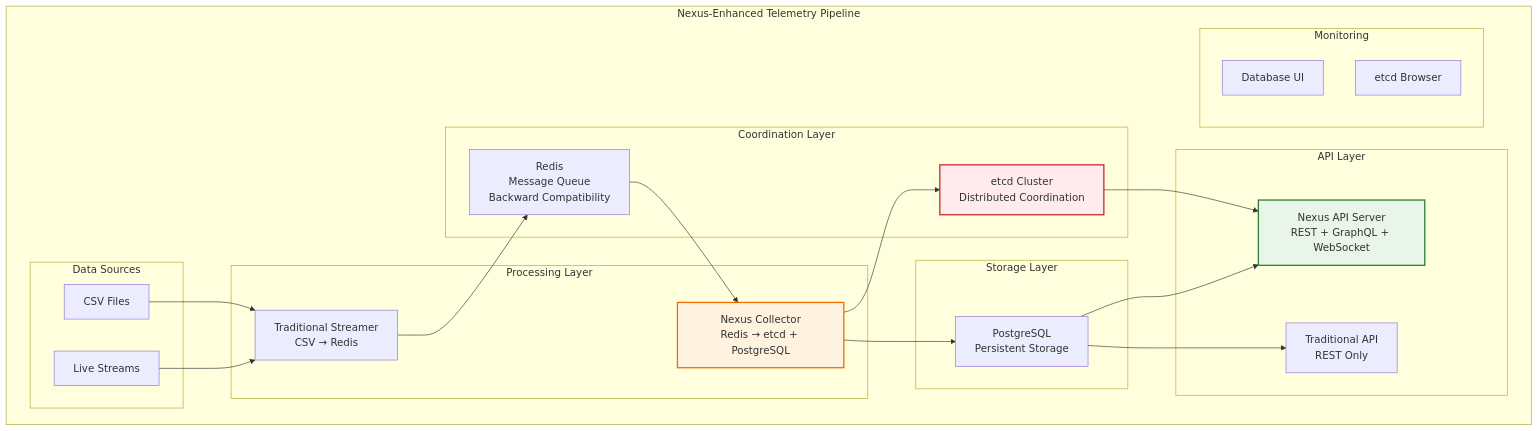
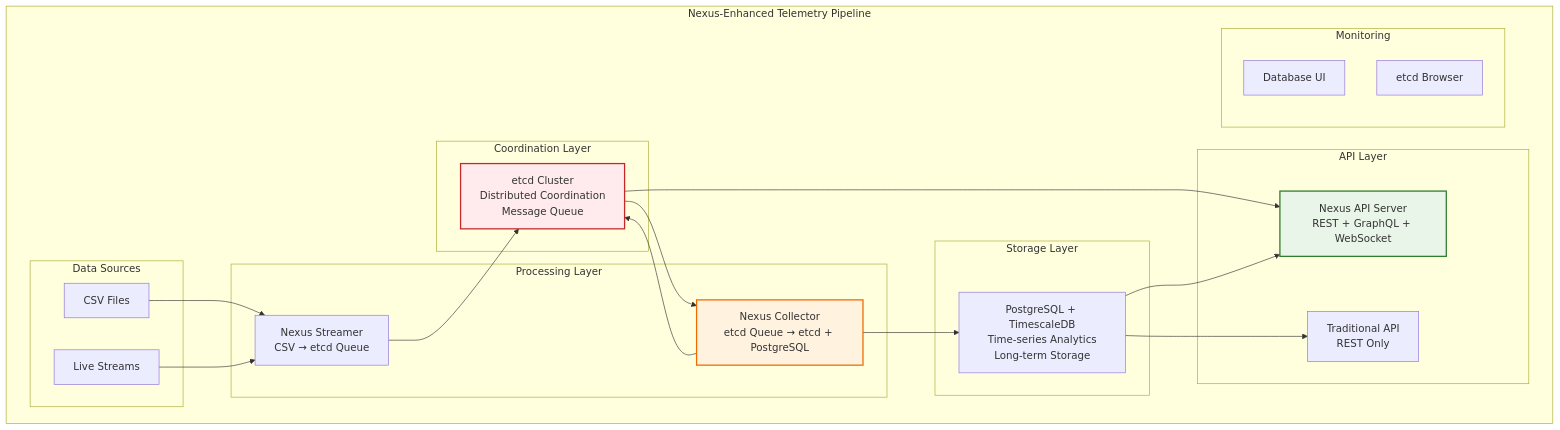
The diagram in docs/NEXUS_INTEGRATION_GUIDE.md (dilipmighty245/telemetry-pipeline), drawn with Mermaid before and after one commit. The commit also changed other lines of this file and 12 other files, not shown here.

Commit message:
Cleanup docs and files with old redis and postgres references

````diff
--- a/docs/NEXUS_INTEGRATION_GUIDE.md
+++ b/docs/NEXUS_INTEGRATION_GUIDE.md
@@ -33,47 +33,46 @@
 ```mermaid
 graph TB
     subgraph "Nexus-Enhanced Telemetry Pipeline"
         subgraph "Data Sources"
             CSV[CSV Files]
             STREAM[Live Streams]
         end
         
         subgraph "Coordination Layer"
-            ETCD[etcd Cluster<br/>Distributed Coordination]
-            REDIS[Redis<br/>Message Queue<br/>Backward Compatibility]
+            ETCD[etcd Cluster<br/>Distributed Coordination<br/>Message Queue]
         end
         
         subgraph "Processing Layer"
-            NSTREAMER[Traditional Streamer<br/>CSV → Redis]
-            NCOLLECTOR[Nexus Collector<br/>Redis → etcd + PostgreSQL]
+            NSTREAMER[Nexus Streamer<br/>CSV → etcd Queue]
+            NCOLLECTOR[Nexus Collector<br/>etcd Queue → etcd + PostgreSQL]
         end
         
         subgraph "API Layer"
             NAPI[Nexus API Server<br/>REST + GraphQL + WebSocket]
             TAPI[Traditional API<br/>REST Only]
         end
         
         subgraph "Storage Layer"
-            POSTGRES[PostgreSQL<br/>Persistent Storage]
+            POSTGRES[PostgreSQL + TimescaleDB<br/>Time-series Analytics<br/>Long-term Storage]
         end
         
         subgraph "Monitoring"
             ADMINER[Database UI]
             ETCDUI[etcd Browser]
         end
     end
     
     CSV --> NSTREAMER
     STREAM --> NSTREAMER
-    NSTREAMER --> REDIS
-    REDIS --> NCOLLECTOR
+    NSTREAMER --> ETCD
+    ETCD --> NCOLLECTOR
     NCOLLECTOR --> ETCD
     NCOLLECTOR --> POSTGRES
     ETCD --> NAPI
     POSTGRES --> NAPI
     POSTGRES --> TAPI
     
     style ETCD fill:#ffebee,stroke:#c62828,stroke-width:2px
     style NAPI fill:#e8f5e8,stroke:#2e7d32,stroke-width:2px
     style NCOLLECTOR fill:#fff3e0,stroke:#ef6c00,stroke-width:2px
 ```
````
